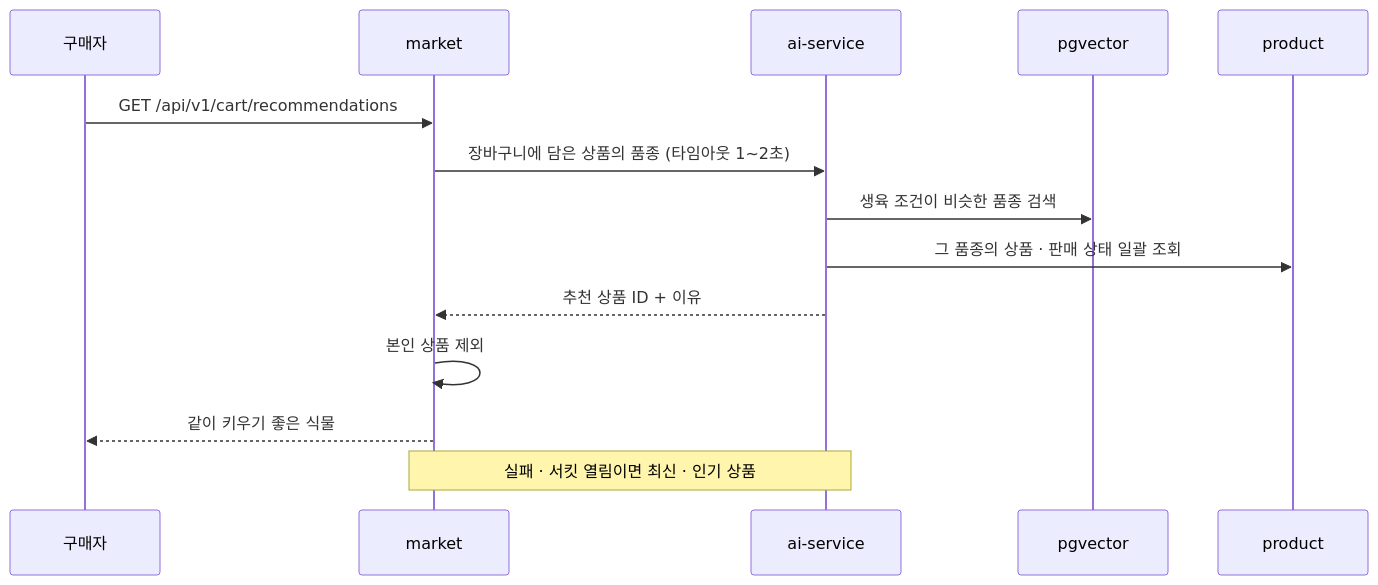
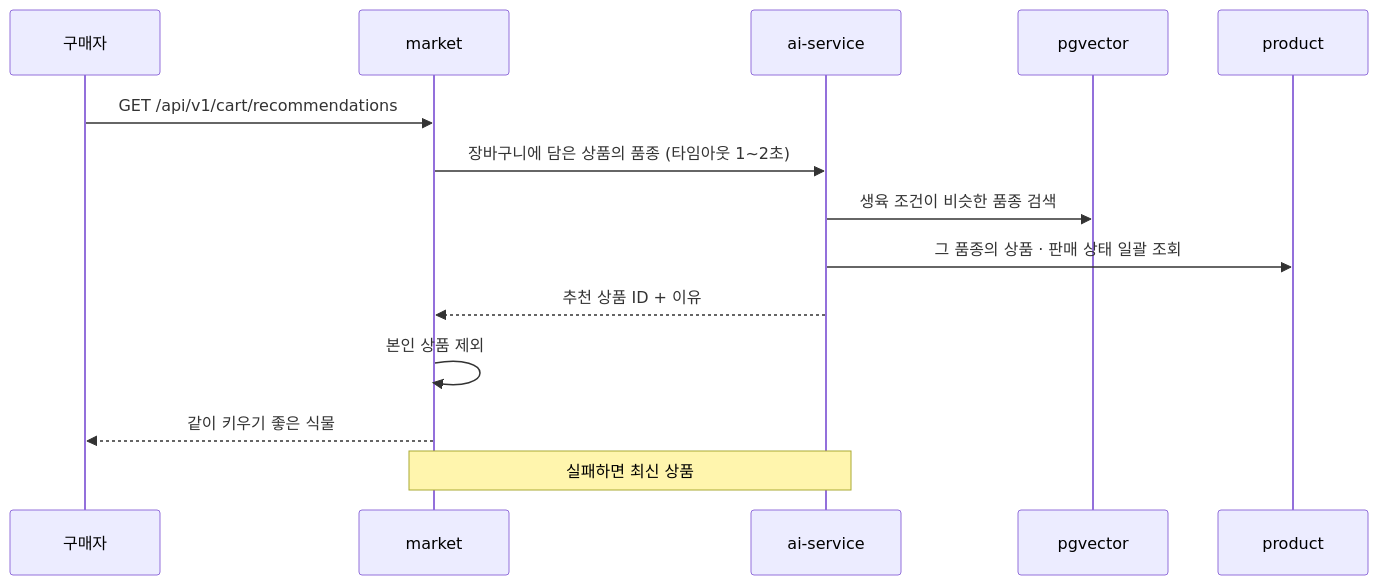
Before and after one commit to prgrms-be-adv-devcourse/beadv8_8_JustCommit_BE: the diagram in docs/flows/search-recommend.md, drawn with Mermaid. The commit also changed other lines of this file and 41 other files, not shown here.

````diff
--- a/docs/flows/search-recommend.md
+++ b/docs/flows/search-recommend.md
@@ -27,16 +39,16 @@
 ```mermaid
 sequenceDiagram
     participant U as 구매자
     participant M as market
     participant AI as ai-service
     participant V as pgvector
     participant PR as product
     U->>M: GET /api/v1/cart/recommendations
     M->>AI: 장바구니에 담은 상품의 품종 (타임아웃 1~2초)
     AI->>V: 생육 조건이 비슷한 품종 검색
     AI->>PR: 그 품종의 상품 · 판매 상태 일괄 조회
     AI-->>M: 추천 상품 ID + 이유
     M->>M: 본인 상품 제외
     M-->>U: 같이 키우기 좋은 식물
-    Note over M,AI: 실패 · 서킷 열림이면 최신 · 인기 상품
+    Note over M,AI: 실패하면 최신 상품
 ```
````
